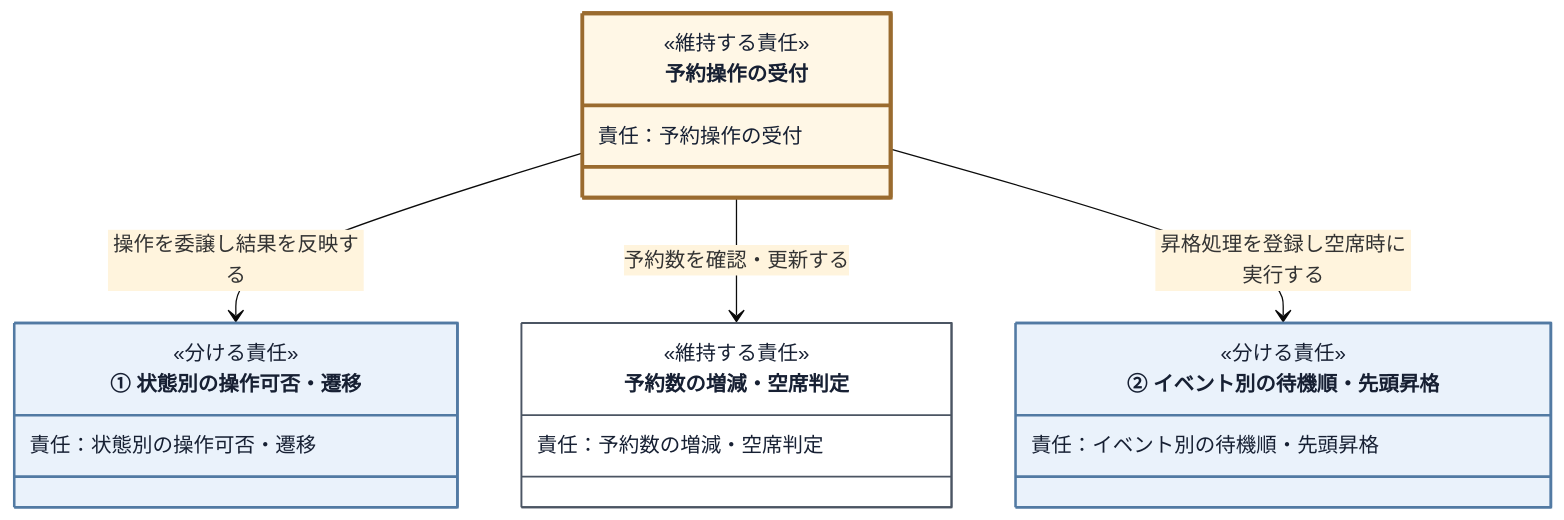
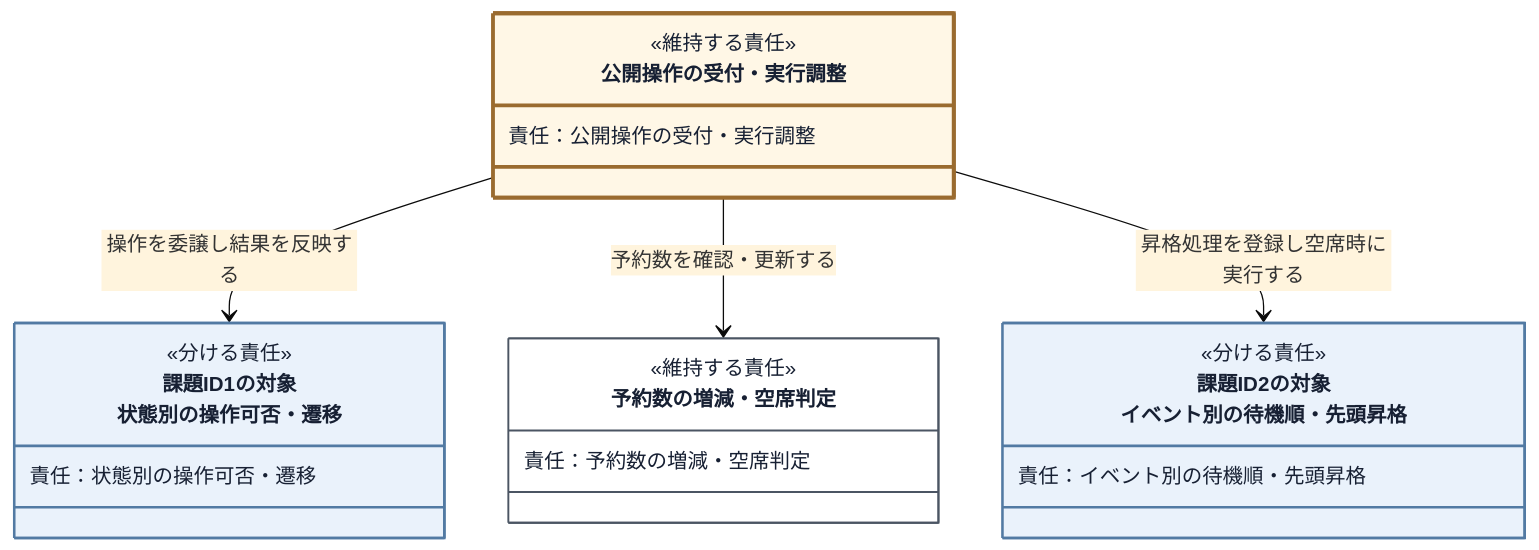
Diagram 13 of 26 in kindle/design-patterns/books/volume01-core-patterns/output/04-chapter02.md (kumachan1101-pixel/DesignPattern), drawn with Mermaid (base theme) before and after one commit. The commit also changed other lines of this file and 12 other files, not shown here.

````diff
--- a/kindle/design-patterns/books/volume01-core-patterns/output/04-chapter02.md
+++ b/kindle/design-patterns/books/volume01-core-patterns/output/04-chapter02.md
@@ -1540,28 +1529,28 @@
 ```mermaid
 classDiagram
     %% provisional-role-diagram
     direction TB
-    class ReservationEntry["予約操作の受付"]:::current {
+    class ReservationEntry["公開操作の受付・実行調整"]:::current {
         <<維持する責任>>
-        責任：予約操作の受付
+        責任：公開操作の受付・実行調整
     }
-    class StatePolicy["① 状態別の操作可否・遷移"]:::separated {
+    class StatePolicy["課題ID1の対象<br>状態別の操作可否・遷移"]:::separated {
         <<分ける責任>>
         責任：状態別の操作可否・遷移
     }
-    class WaitPolicy["② イベント別の待機順・先頭昇格"]:::separated {
+    class WaitPolicy["課題ID2の対象<br>イベント別の待機順・先頭昇格"]:::separated {
         <<分ける責任>>
         責任：イベント別の待機順・先頭昇格
     }
     class SeatCount["予約数の増減・空席判定"]:::stable {
         <<維持する責任>>
         責任：予約数の増減・空席判定
     }
     ReservationEntry --> StatePolicy : 操作を委譲し結果を反映する
     ReservationEntry --> SeatCount : 予約数を確認・更新する
     ReservationEntry --> WaitPolicy : 昇格処理を登録し空席時に実行する
 
     classDef stable fill:#ffffff,stroke:#4b5563,stroke-width:1.5px,color:#172033;
     classDef separated fill:#eaf2fb,stroke:#527aa3,stroke-width:2px,color:#172033;
     classDef current fill:#fff7e6,stroke:#9a6b2f,stroke-width:3px,color:#172033;
 ```
````
